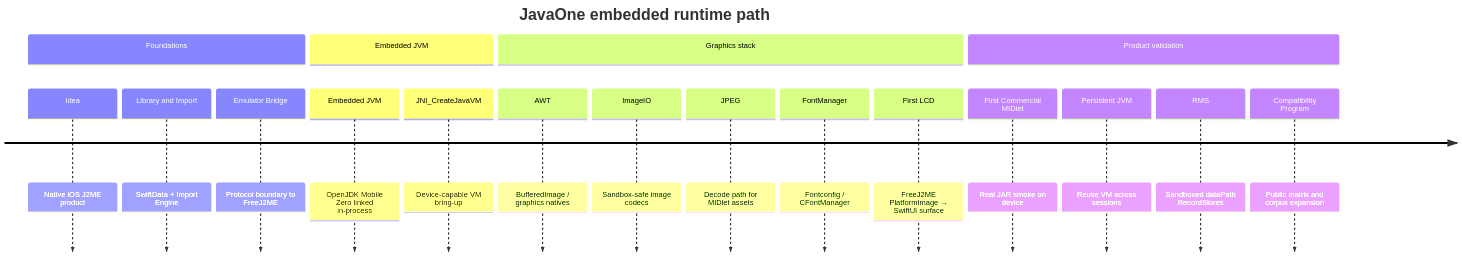
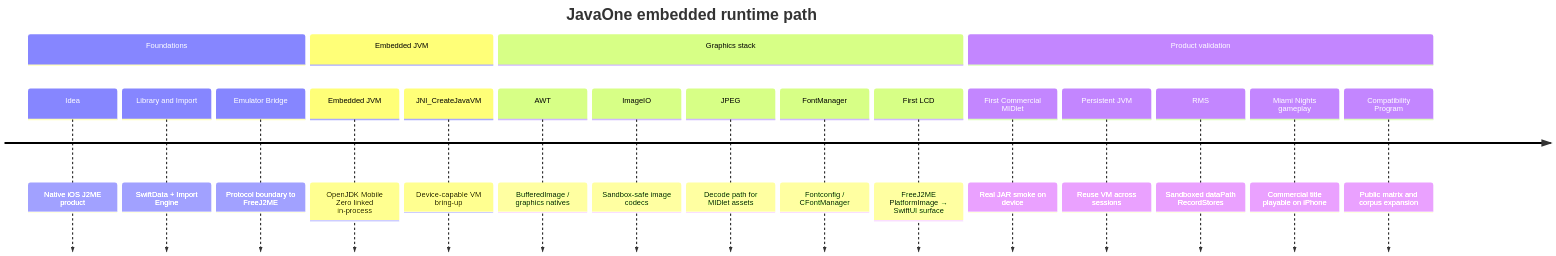
The diagram in docs/milestones.md (flakito-loko/CoreJ2), drawn with Mermaid before and after one commit. The commit also changed other lines of this file and 24 other files, not shown here.

Commit message:
docs: refresh public project after first playable commercial title

````diff
--- a/docs/milestones.md
+++ b/docs/milestones.md
@@ -5,22 +5,23 @@
 ```mermaid
 timeline
     title JavaOne embedded runtime path
     section Foundations
         Idea : Native iOS J2ME product
         Library and Import : SwiftData + Import Engine
         Emulator Bridge : Protocol boundary to FreeJ2ME
     section Embedded JVM
         Embedded JVM : OpenJDK Mobile Zero linked in-process
         JNI_CreateJavaVM : Device-capable VM bring-up
     section Graphics stack
         AWT : BufferedImage / graphics natives
         ImageIO : Sandbox-safe image codecs
         JPEG : Decode path for MIDlet assets
         FontManager : Fontconfig / CFontManager
         First LCD : FreeJ2ME PlatformImage → SwiftUI surface
     section Product validation
         First Commercial MIDlet : Real JAR smoke on device
         Persistent JVM : Reuse VM across sessions
         RMS : Sandboxed dataPath RecordStores
+        Miami Nights gameplay : Commercial title playable on iPhone
         Compatibility Program : Public matrix and corpus expansion
 ```
````
